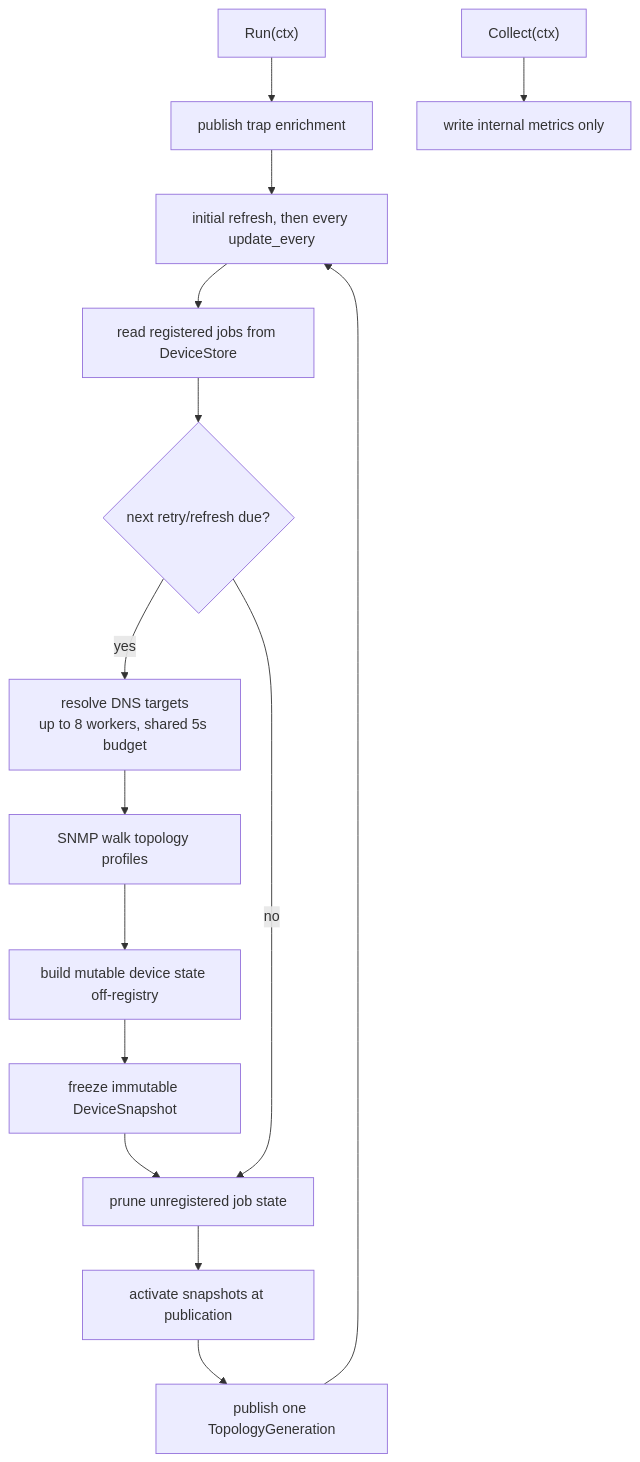
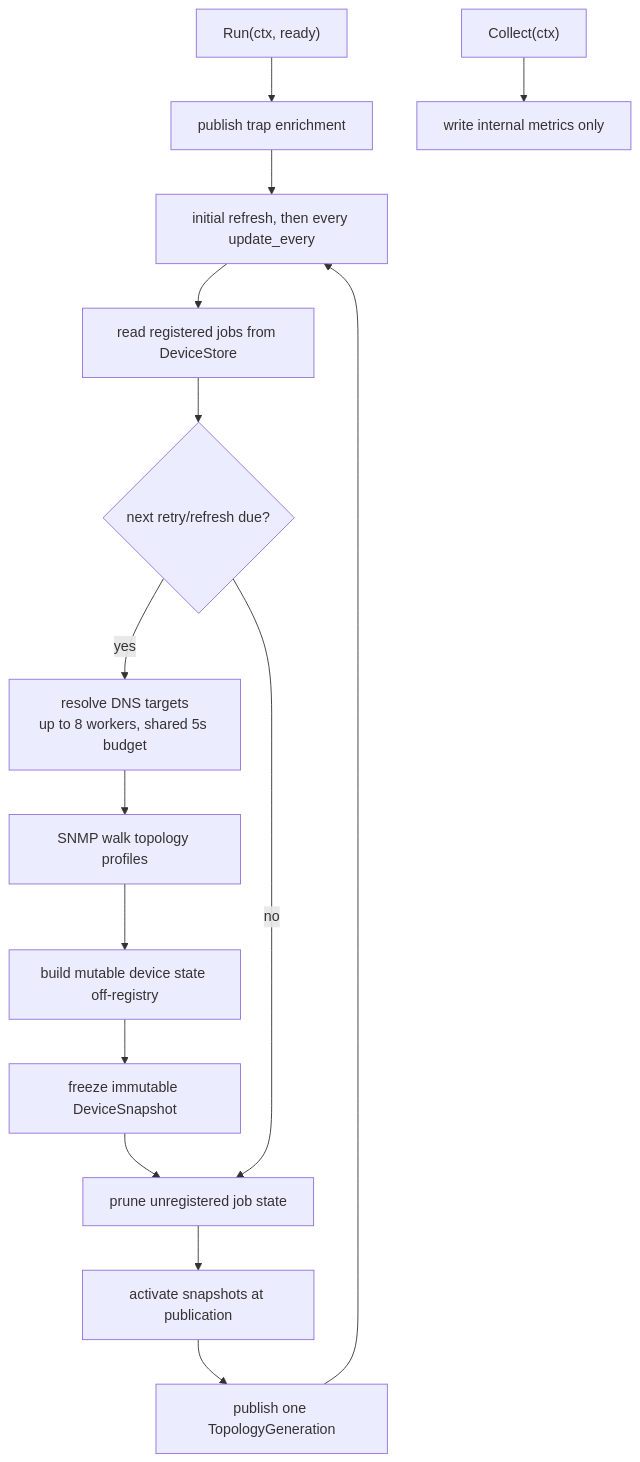
The second of 3 diagrams in src/go/plugin/go.d/collector/snmp_topology/ARCHITECTURE.md (netdata/netdata), drawn with Mermaid before and after one commit. The commit also changed other lines of this file and 40 other files, not shown here.

````diff
--- a/src/go/plugin/go.d/collector/snmp_topology/ARCHITECTURE.md
+++ b/src/go/plugin/go.d/collector/snmp_topology/ARCHITECTURE.md
@@ -79,22 +82,22 @@
 ```mermaid
 flowchart TD
-    Run["Run(ctx)"]
+    Run["Run(ctx, ready)"]
     TrapPublish["publish trap enrichment"]
     Tick["initial refresh, then every update_every"]
     Devices["read registered jobs from DeviceStore"]
     Fresh{"next retry/refresh due?"}
     Resolve["resolve DNS targets<br/>up to 8 workers, shared 5s budget"]
     Walk["SNMP walk topology profiles"]
     Next["build mutable device state off-registry"]
     Freeze["freeze immutable DeviceSnapshot"]
     Activate["activate snapshots at publication"]
     GenPublish["publish one TopologyGeneration"]
     Prune["prune unregistered job state"]
     Collect["Collect(ctx)"]
     Metrics["write internal metrics only"]
 
     Run --> TrapPublish --> Tick --> Devices --> Fresh
     Fresh -->|"yes"| Resolve --> Walk --> Next --> Freeze --> Prune --> Activate --> GenPublish --> Tick
     Fresh -->|"no"| Prune
     Collect --> Metrics
 ```
````
